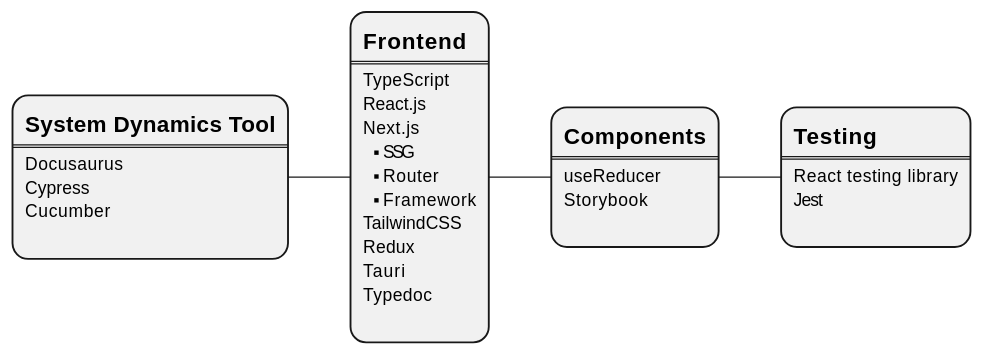
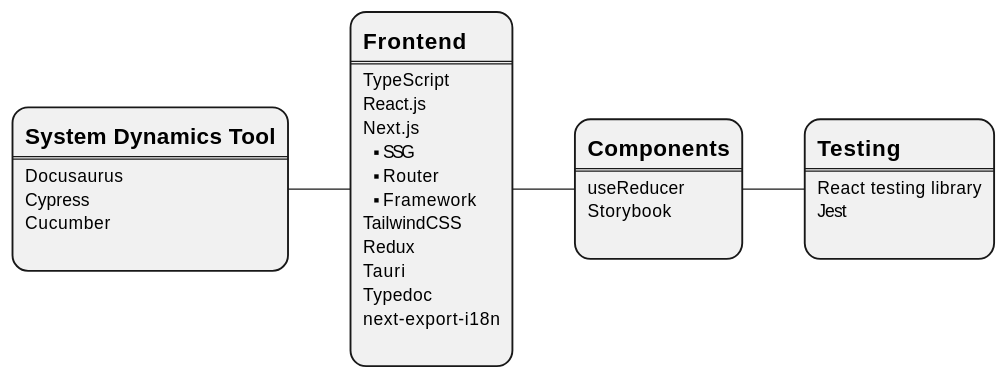
One commit to cidhuang/system-dynamics-tool changed the diagram in README.md. Above: the diagram before and after it, drawn with PlantUML. The commit also changed other lines of this file and 7 other files, not shown here.

Commit message:
feat: add i18n with next-export-i18n

```diff
--- a/README.md
+++ b/README.md
@@ -28,6 +29,7 @@
 Redux
 Tauri
 Typedoc
+next-export-i18n
 ;
 
 
@@ -55,11 +57,6 @@
 
 ***:= Frontend
 ====
-;
-
-****:= i18n
-====
-i18next
 ;
 
 ****:= Form
```
